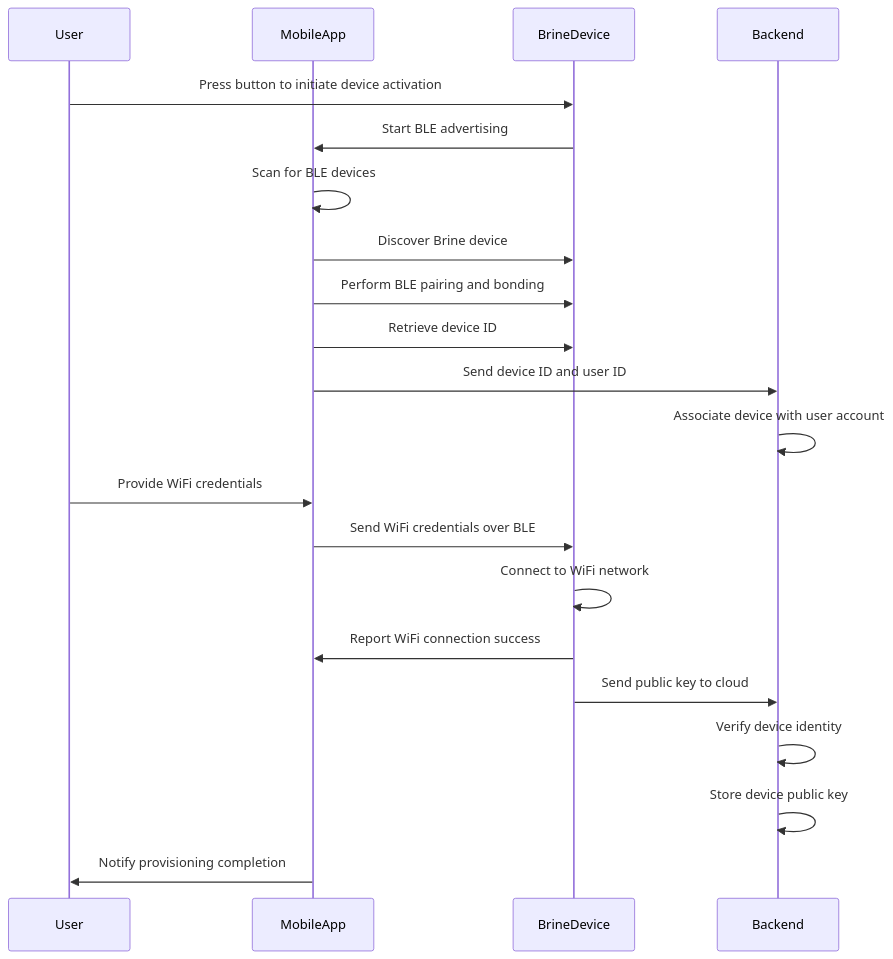
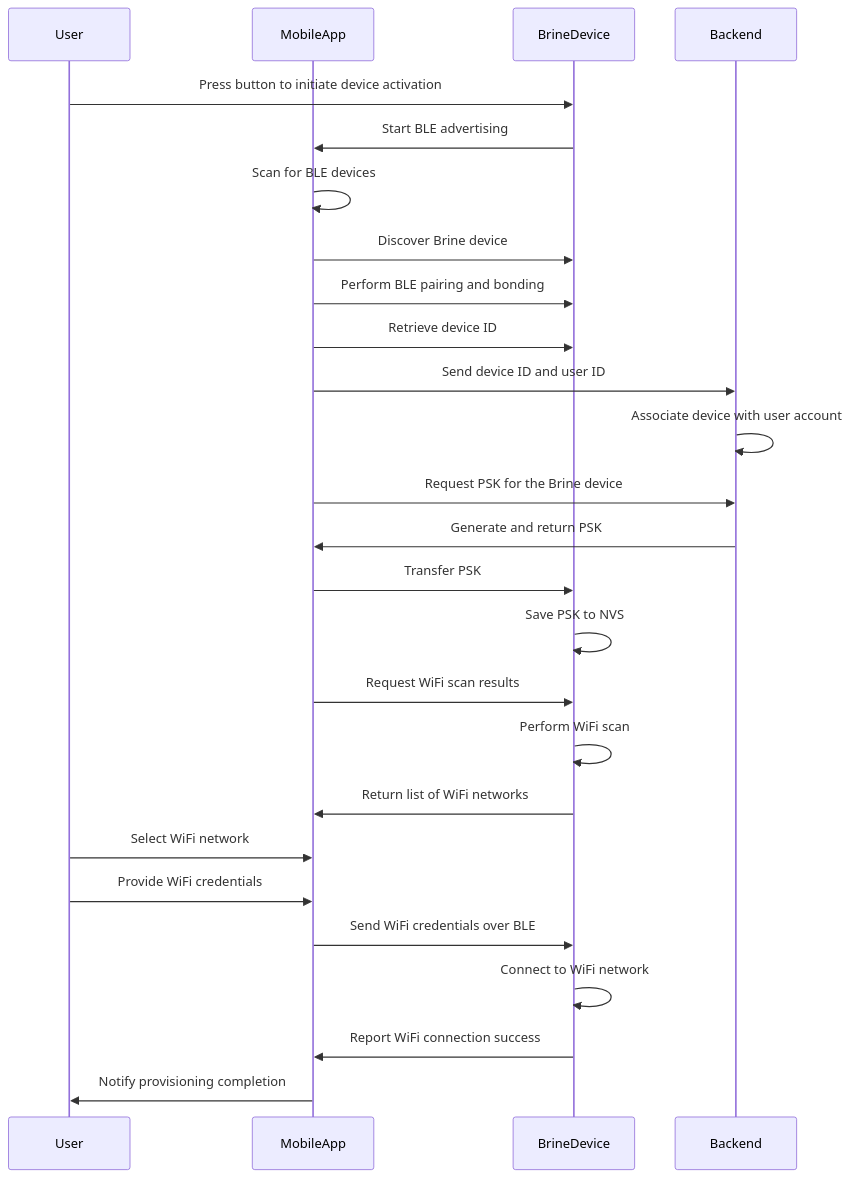
One commit to Toglefritz/Brine changed the diagram in brine_docs/provisioning/provisioning_process.md. Above: the diagram before and after it, drawn with Mermaid. The commit also changed other lines of this file and 2 other files, not shown here.

Commit message:
Updated documentation for HMAC usage :closed_lock_with_key:

````diff
--- a/brine_docs/provisioning/provisioning_process.md
+++ b/brine_docs/provisioning/provisioning_process.md
@@ -22,24 +23,29 @@
 ```mermaid
 sequenceDiagram
     participant User
     participant MobileApp
     participant BrineDevice
     participant Backend
 
     User ->> BrineDevice: Press button to initiate device activation
     BrineDevice ->> MobileApp: Start BLE advertising
     MobileApp ->> MobileApp: Scan for BLE devices
     MobileApp ->> BrineDevice: Discover Brine device
     MobileApp ->> BrineDevice: Perform BLE pairing and bonding
     MobileApp ->> BrineDevice: Retrieve device ID
     MobileApp ->> Backend: Send device ID and user ID
     Backend ->> Backend: Associate device with user account
+    MobileApp ->> Backend: Request PSK for the Brine device
+    Backend ->> MobileApp: Generate and return PSK
+    MobileApp ->> BrineDevice: Transfer PSK
+    BrineDevice ->> BrineDevice: Save PSK to NVS
+    MobileApp ->> BrineDevice: Request WiFi scan results
+    BrineDevice ->> BrineDevice: Perform WiFi scan
+    BrineDevice ->> MobileApp: Return list of WiFi networks
+    User ->> MobileApp: Select WiFi network
     User ->> MobileApp: Provide WiFi credentials
     MobileApp ->> BrineDevice: Send WiFi credentials over BLE
     BrineDevice ->> BrineDevice: Connect to WiFi network
     BrineDevice ->> MobileApp: Report WiFi connection success
-    BrineDevice ->> Backend: Send public key to cloud
-    Backend ->> Backend: Verify device identity
-    Backend ->> Backend: Store device public key
     MobileApp ->> User: Notify provisioning completion
 ```
````
